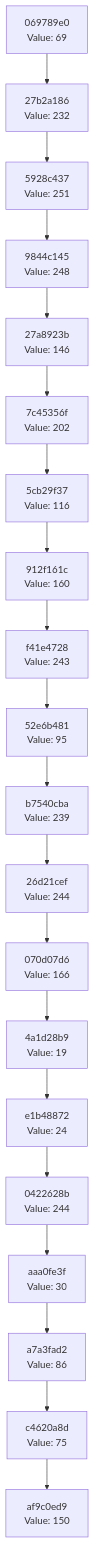
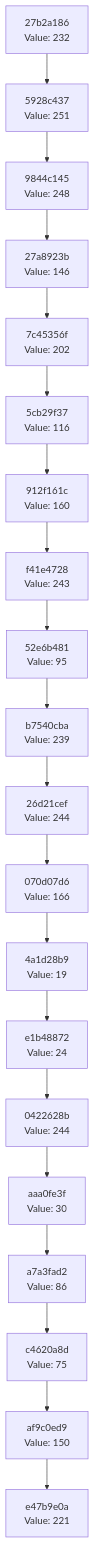
Before and after one commit to Abhisheksinha1506/hash-chain-evolver: the diagram in docs/CHAIN_VISUALIZATION.md, drawn with Mermaid. The commit also changed 2 other files, not shown here.

Commit message:
Evolution Step

````diff
--- a/docs/CHAIN_VISUALIZATION.md
+++ b/docs/CHAIN_VISUALIZATION.md
@@ -3,42 +3,42 @@
 ```mermaid
 graph TD
-    C0["af9c0ed9<br/>Value: 150"]
-    C1["c4620a8d<br/>Value: 75"]
+    C0["e47b9e0a<br/>Value: 221"]
+    C1["af9c0ed9<br/>Value: 150"]
     C1 --> C0
-    C2["a7a3fad2<br/>Value: 86"]
+    C2["c4620a8d<br/>Value: 75"]
     C2 --> C1
-    C3["aaa0fe3f<br/>Value: 30"]
+    C3["a7a3fad2<br/>Value: 86"]
     C3 --> C2
-    C4["0422628b<br/>Value: 244"]
+    C4["aaa0fe3f<br/>Value: 30"]
     C4 --> C3
-    C5["e1b48872<br/>Value: 24"]
+    C5["0422628b<br/>Value: 244"]
     C5 --> C4
-    C6["4a1d28b9<br/>Value: 19"]
+    C6["e1b48872<br/>Value: 24"]
     C6 --> C5
-    C7["070d07d6<br/>Value: 166"]
+    C7["4a1d28b9<br/>Value: 19"]
     C7 --> C6
-    C8["26d21cef<br/>Value: 244"]
+    C8["070d07d6<br/>Value: 166"]
     C8 --> C7
-    C9["b7540cba<br/>Value: 239"]
+    C9["26d21cef<br/>Value: 244"]
     C9 --> C8
-    C10["52e6b481<br/>Value: 95"]
+    C10["b7540cba<br/>Value: 239"]
     C10 --> C9
-    C11["f41e4728<br/>Value: 243"]
+    C11["52e6b481<br/>Value: 95"]
     C11 --> C10
-    C12["912f161c<br/>Value: 160"]
+    C12["f41e4728<br/>Value: 243"]
     C12 --> C11
-    C13["5cb29f37<br/>Value: 116"]
+    C13["912f161c<br/>Value: 160"]
     C13 --> C12
-    C14["7c45356f<br/>Value: 202"]
+    C14["5cb29f37<br/>Value: 116"]
     C14 --> C13
-    C15["27a8923b<br/>Value: 146"]
+    C15["7c45356f<br/>Value: 202"]
     C15 --> C14
-    C16["9844c145<br/>Value: 248"]
+    C16["27a8923b<br/>Value: 146"]
     C16 --> C15
-    C17["5928c437<br/>Value: 251"]
+    C17["9844c145<br/>Value: 248"]
     C17 --> C16
-    C18["27b2a186<br/>Value: 232"]
+    C18["5928c437<br/>Value: 251"]
     C18 --> C17
-    C19["069789e0<br/>Value: 69"]
+    C19["27b2a186<br/>Value: 232"]
     C19 --> C18
 ```
````
